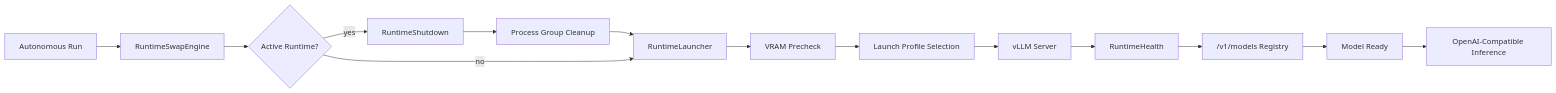
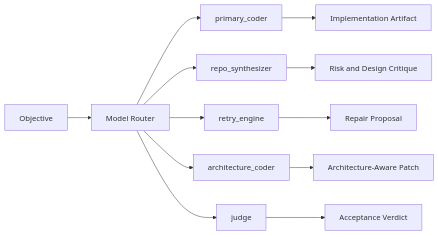
One commit to ratishoberoi/forge changed the second of 6 diagrams in README.md. Above: the diagram before and after it, drawn with Mermaid. The commit also changed other lines of this file, not shown here.

````diff
--- a/README.md
+++ b/README.md
@@ -116,16 +124,15 @@
 ```mermaid
-graph LR
-    Engine[Autonomous Run] --> Swap[RuntimeSwapEngine]
-    Swap --> Active{Active Runtime?}
-    Active -- yes --> Stop[RuntimeShutdown]
-    Stop --> Cleanup[Process Group Cleanup]
-    Cleanup --> Launch[RuntimeLauncher]
-    Active -- no --> Launch
-    Launch --> Precheck[VRAM Precheck]
-    Precheck --> Profile[Launch Profile Selection]
-    Profile --> VLLM[vLLM Server]
-    VLLM --> Health[RuntimeHealth]
-    Health --> Models["/v1/models Registry"]
-    Models --> Ready[Model Ready]
-    Ready --> Infer[OpenAI-Compatible Inference]
+flowchart LR
+    Objective[Objective] --> Router[Model Router]
+    Router --> Coder[primary_coder]
+    Router --> Synth[repo_synthesizer]
+    Router --> Retry[retry_engine]
+    Router --> Architect[architecture_coder]
+    Router --> Judge[judge]
+
+    Coder --> ArtifactA[Implementation Artifact]
+    Synth --> ArtifactB[Risk and Design Critique]
+    Retry --> ArtifactC[Repair Proposal]
+    Architect --> ArtifactD[Architecture-Aware Patch]
+    Judge --> Verdict[Acceptance Verdict]
 ```
````
